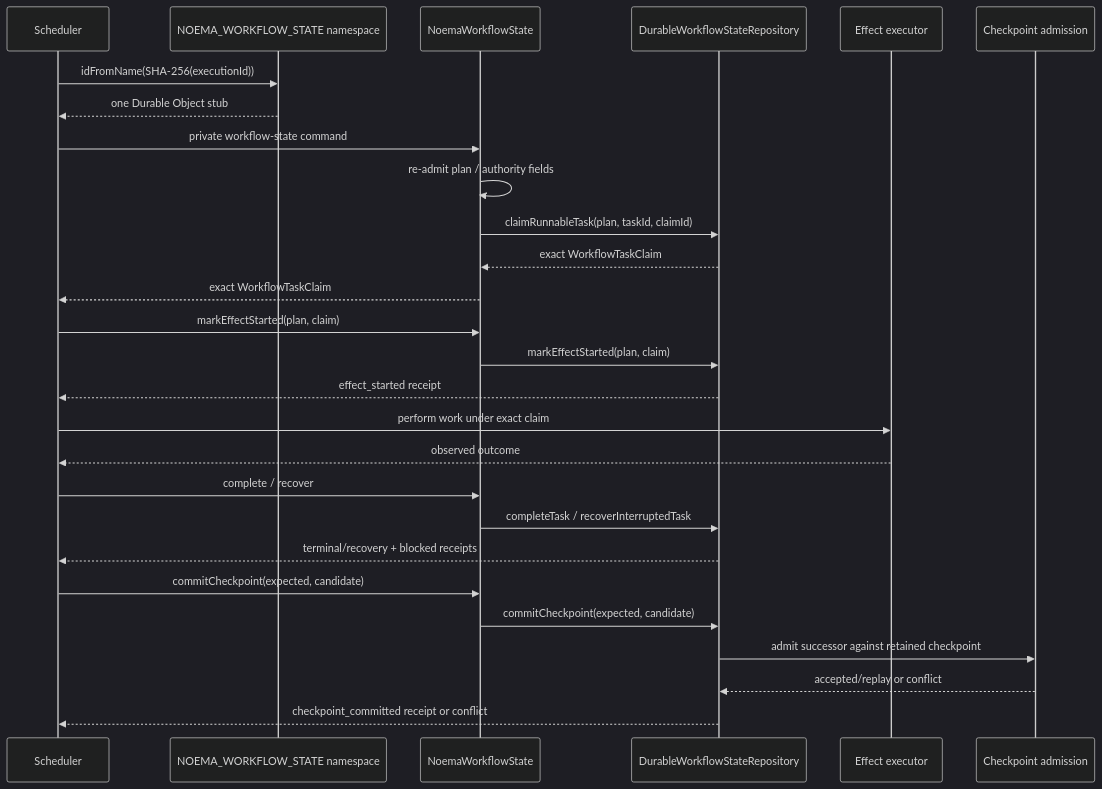
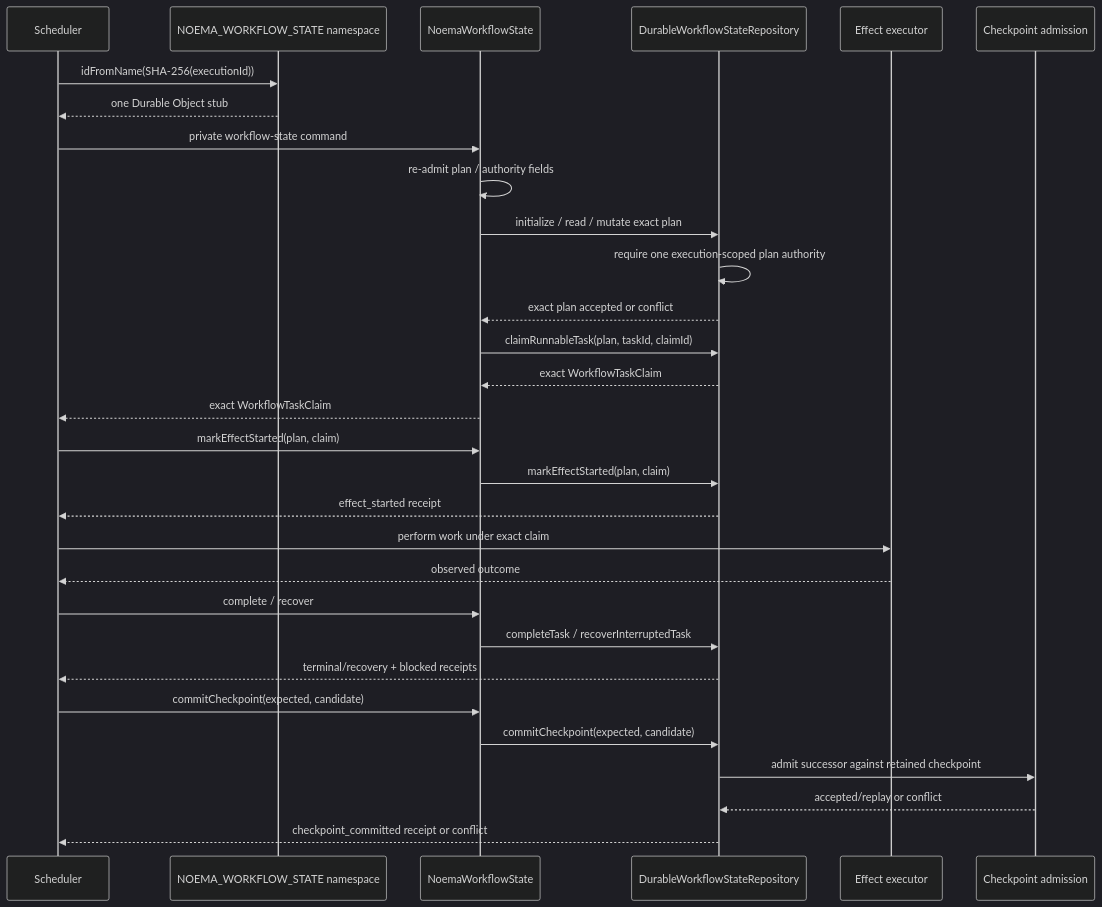
One commit to ContextualWisdomLab/noema changed the diagram in docs/adr/0013-durable-workflow-execution-authority.md. Above: the diagram before and after it, drawn with Mermaid (dark theme). The commit also changed other lines of this file, not shown here.

Commit message:
docs(adr): bind one plan authority to each workflow execution

````diff
--- a/docs/adr/0013-durable-workflow-execution-authority.md
+++ b/docs/adr/0013-durable-workflow-execution-authority.md
@@ -70,30 +74,33 @@
 ```mermaid
 sequenceDiagram
     participant S as Scheduler
     participant N as NOEMA_WORKFLOW_STATE namespace
     participant O as NoemaWorkflowState
     participant R as DurableWorkflowStateRepository
     participant E as Effect executor
     participant C as Checkpoint admission
 
     S->>N: idFromName(SHA-256(executionId))
     N-->>S: one Durable Object stub
     S->>O: private workflow-state command
     O->>O: re-admit plan / authority fields
+    O->>R: initialize / read / mutate exact plan
+    R->>R: require one execution-scoped plan authority
+    R-->>O: exact plan accepted or conflict
     O->>R: claimRunnableTask(plan, taskId, claimId)
     R-->>O: exact WorkflowTaskClaim
     O-->>S: exact WorkflowTaskClaim
     S->>O: markEffectStarted(plan, claim)
     O->>R: markEffectStarted(plan, claim)
     R-->>S: effect_started receipt
     S->>E: perform work under exact claim
     E-->>S: observed outcome
     S->>O: complete / recover
     O->>R: completeTask / recoverInterruptedTask
     R-->>S: terminal/recovery + blocked receipts
     S->>O: commitCheckpoint(expected, candidate)
     O->>R: commitCheckpoint(expected, candidate)
     R->>C: admit successor against retained checkpoint
     C-->>R: accepted/replay or conflict
     R-->>S: checkpoint_committed receipt or conflict
 ```
````
